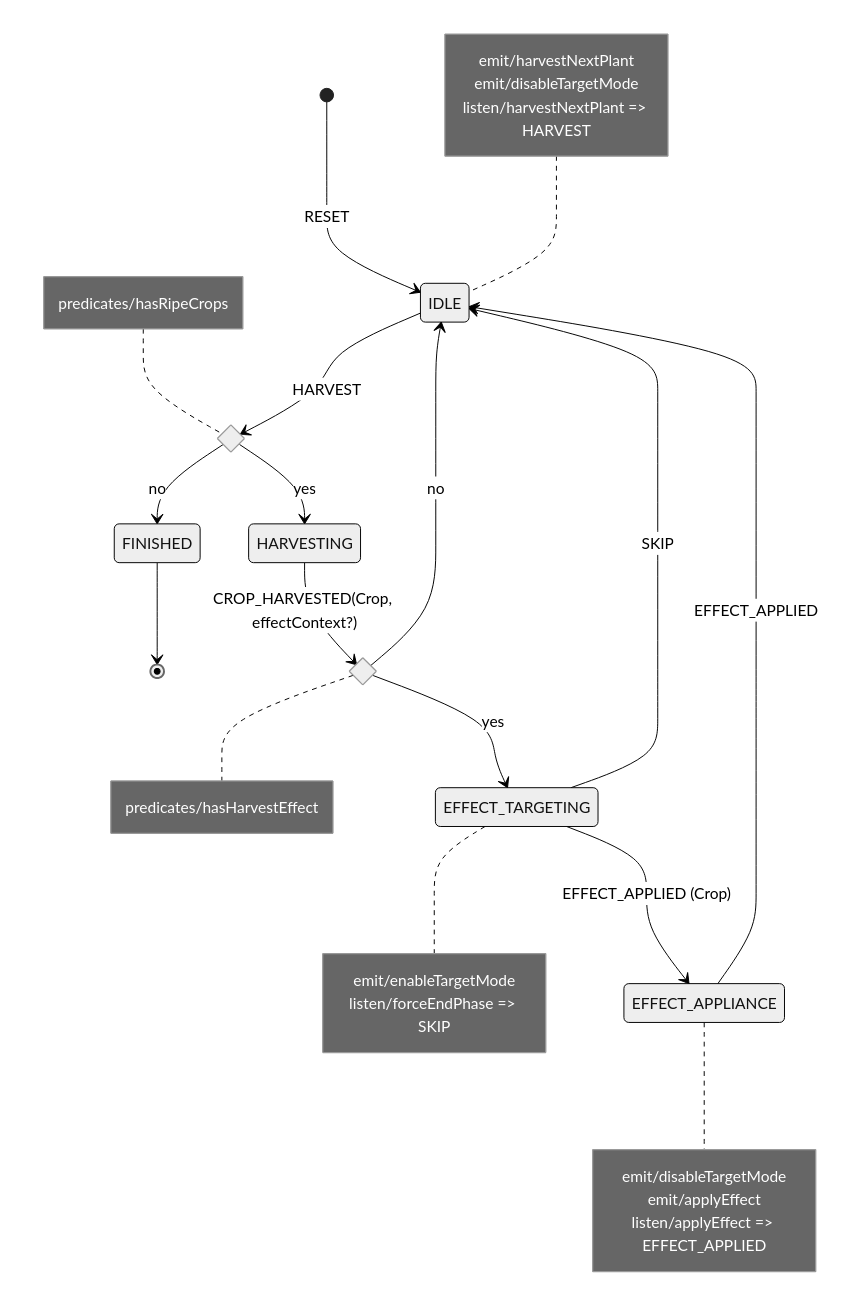
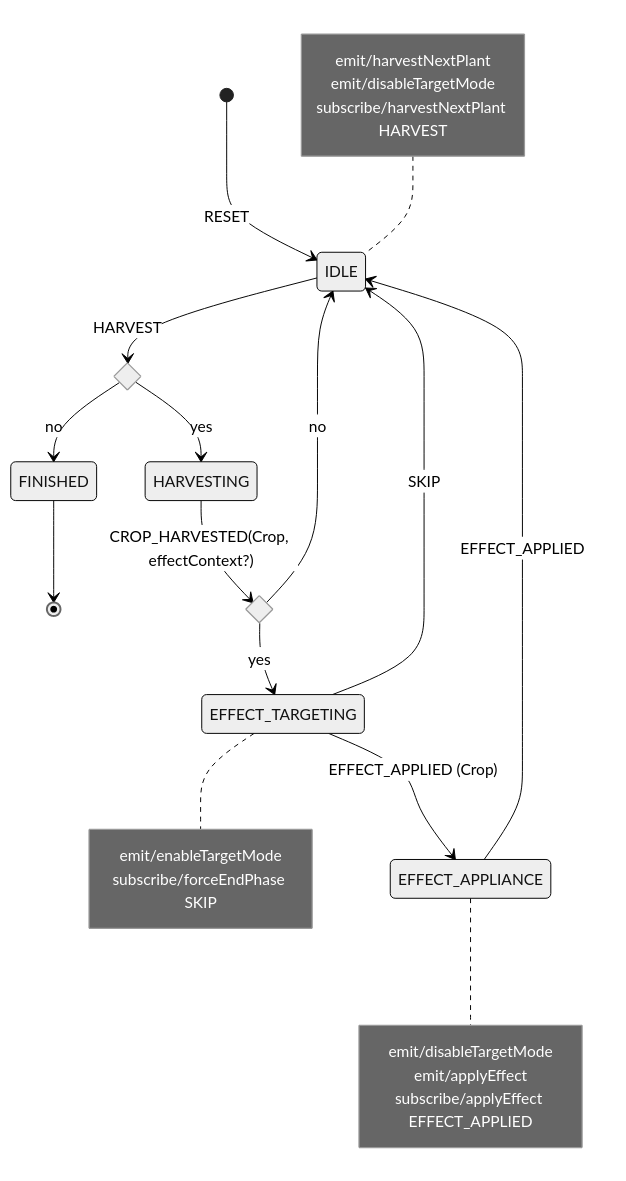
The seventh of 12 diagrams in docs/diagrams.md (tfcp68/battle-farm), drawn with Mermaid (neutral theme) before and after one commit. The commit also changed other lines of this file and 28 other files, not shown here.

Commit message:
extract mermaid diagrams, add script gen

````diff
--- a/docs/diagrams.md
+++ b/docs/diagrams.md
@@ -303,36 +307,30 @@
 ```mermaid
 stateDiagram-v2
     [*] --> IDLE: RESET
     note left of IDLE
         emit/harvestNextPlant
         emit/disableTargetMode
-        listen/harvestNextPlant => HARVEST
+        subscribe/harvestNextPlant HARVEST
     end note
     state hasRipeCrops <<choice>>
-    note left of hasRipeCrops
-        predicates/hasRipeCrops
-    end note
     IDLE --> hasRipeCrops: HARVEST
     hasRipeCrops --> FINISHED: no
     FINISHED --> [*]
     hasRipeCrops --> HARVESTING: yes
     state hasHarvestEffect <<choice>>
-    note right of hasHarvestEffect
-        predicates/hasHarvestEffect
-    end note
     HARVESTING --> hasHarvestEffect: CROP_HARVESTED(Crop, effectContext?)
     hasHarvestEffect --> IDLE: no
     hasHarvestEffect --> EFFECT_TARGETING: yes
     note right of EFFECT_TARGETING
         emit/enableTargetMode
-        listen/forceEndPhase => SKIP
+        subscribe/forceEndPhase SKIP
     end note
     EFFECT_TARGETING --> EFFECT_APPLIANCE: EFFECT_APPLIED (Crop)
     note right of EFFECT_APPLIANCE
         emit/disableTargetMode
         emit/applyEffect
-        listen/applyEffect => EFFECT_APPLIED
+        subscribe/applyEffect EFFECT_APPLIED
     end note
     EFFECT_APPLIANCE --> IDLE: EFFECT_APPLIED
     EFFECT_TARGETING --> IDLE: SKIP
 ```
````
